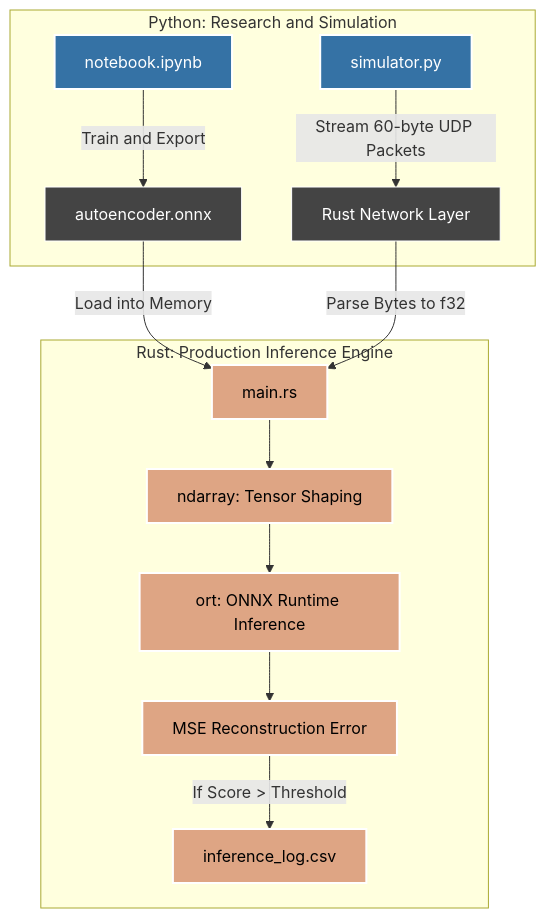
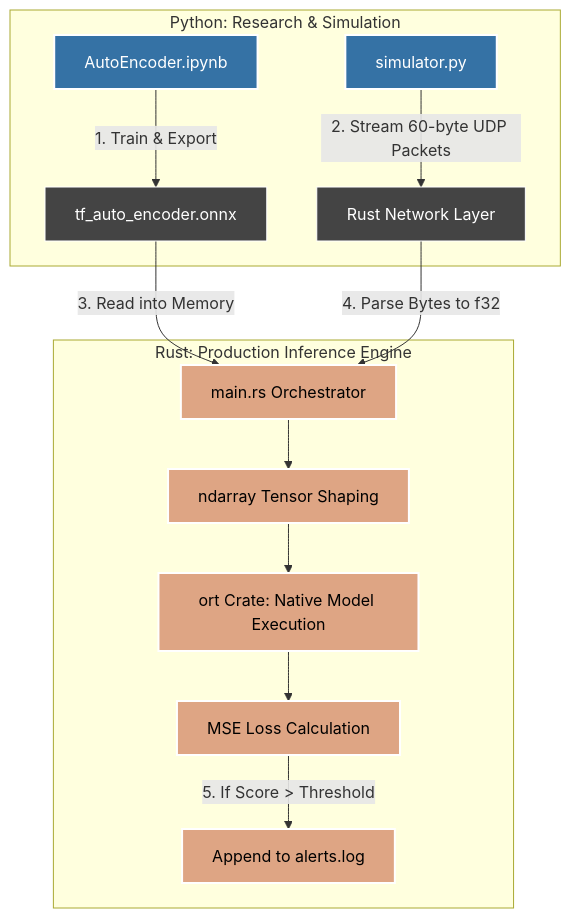
One commit to ShivaramHR/telemetry-anomaly-detector changed the diagram in Readme.md. Above: the diagram before and after it, drawn with Mermaid. The commit also changed other lines of this file, not shown here.

````diff
--- a/Readme.md
+++ b/Readme.md
@@ -9,24 +15,26 @@
-```mermaid
+``` mermaid
 graph TD
+    %% Styling
     classDef python fill:#3572A5,stroke:#fff,stroke-width:2px,color:#fff;
     classDef rust fill:#DEA584,stroke:#fff,stroke-width:2px,color:#000;
     classDef file fill:#444,stroke:#fff,stroke-width:1px,color:#fff;
 
-    subgraph Python_Side [Python: Research and Simulation]
-        A[notebook.ipynb] -->|Train and Export| B[autoencoder.onnx]
-        C[simulator.py] -->|Stream 60-byte UDP Packets| D[Rust Network Layer]
+    subgraph Python_Side [Python: Research & Simulation]
+        A[AutoEncoder.ipynb] -->|1. Train & Export| B[tf_auto_encoder.onnx]
+        C[simulator.py] -->|2. Stream 60-byte UDP Packets| D[Rust Network Layer]
     end
 
     subgraph Rust_Side [Rust: Production Inference Engine]
-        B -->|Load into Memory| E[main.rs]
-        D -->|Parse Bytes to f32| E
-        E --> F[ndarray: Tensor Shaping]
-        F --> G[ort: ONNX Runtime Inference]
-        G --> H[MSE Reconstruction Error]
-        H -->|If Score > Threshold| I[inference_log.csv]
+        B -->|3. Read into Memory| E[main.rs Orchestrator]
+        D -->|4. Parse Bytes to f32| E
+        E --> F[ndarray Tensor Shaping]
+        F --> G[ort Crate: Native Model Execution]
+        G --> H[MSE Loss Calculation]
+        H -->|5. If Score > Threshold| I[Append to alerts.log]
     end
 
+    %% Apply classes
     class A,C python;
     class E,F,G,H,I rust;
     class B,D file;
-``` 
+```
````
